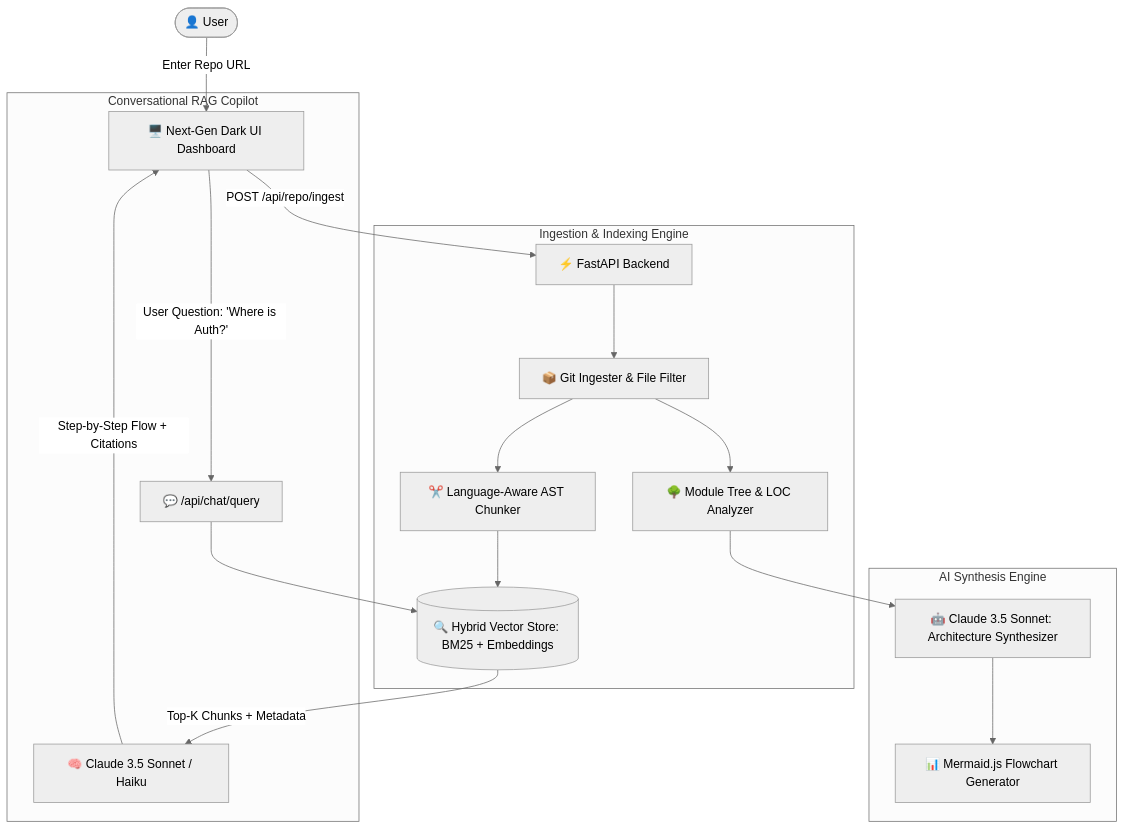
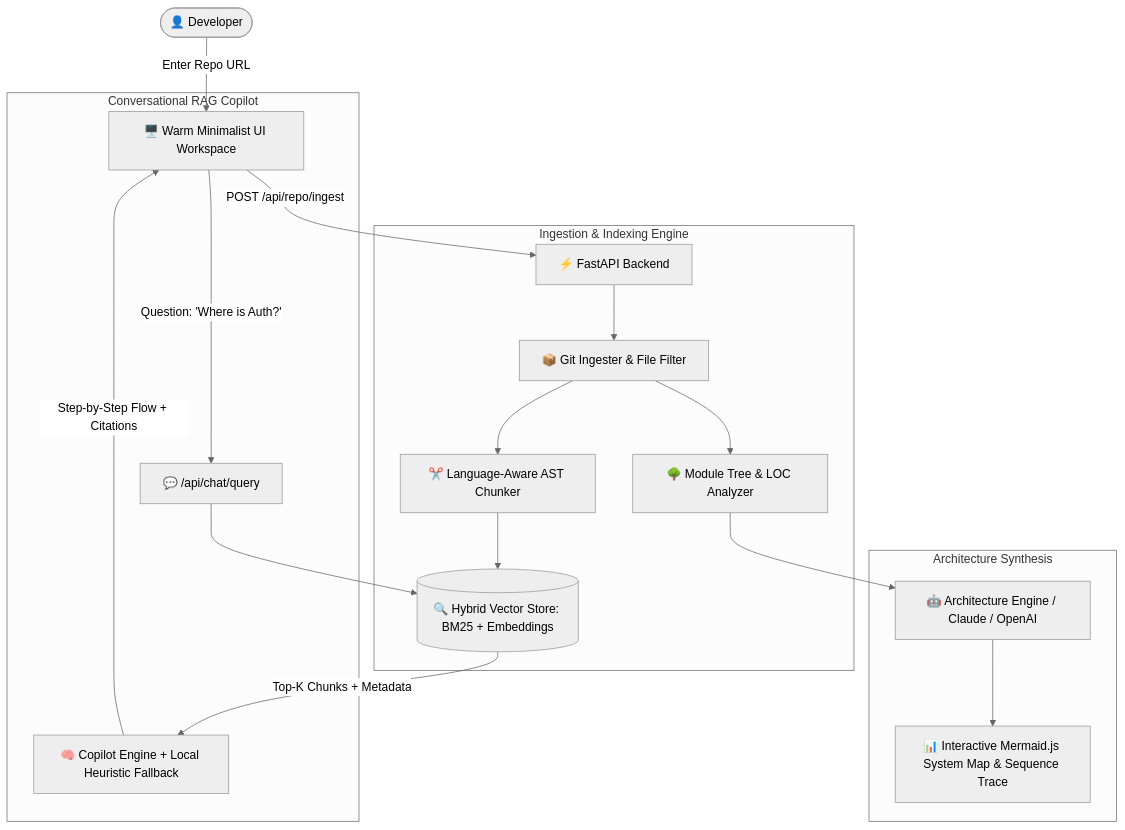
Before and after one commit to Dhitimahajan/Explain-my-Codebase: the diagram in README.md, drawn with Mermaid (neutral theme). The commit also changed other lines of this file and 26 other files, not shown here.

Commit message:
feat: complete overhaul - warm minimalist UI, Vercel entrypoint fix, test suite, and security hardening

````diff
--- a/README.md
+++ b/README.md
@@ -31,24 +33,24 @@
 ```mermaid
 graph TD
-    User([👤 User]) -->|Enter Repo URL| UI[🖥️ Next-Gen Dark UI Dashboard]
+    User([👤 Developer]) -->|Enter Repo URL| UI[🖥️ Warm Minimalist UI Workspace]
     UI -->|POST /api/repo/ingest| FastAPI[⚡ FastAPI Backend]
     
     subgraph Ingestion & Indexing Engine
         FastAPI --> Ingest[📦 Git Ingester & File Filter]
         Ingest --> Tree[🌳 Module Tree & LOC Analyzer]
         Ingest --> Chunker[✂️ Language-Aware AST Chunker]
         Chunker --> VectorStore[(🔍 Hybrid Vector Store: BM25 + Embeddings)]
     end
     
-    subgraph AI Synthesis Engine
-        Tree --> ClaudeArch[🤖 Claude 3.5 Sonnet: Architecture Synthesizer]
-        ClaudeArch --> Mermaid[📊 Mermaid.js Flowchart Generator]
+    subgraph Architecture Synthesis
+        Tree --> ArchEngine[🤖 Architecture Engine / Claude / OpenAI]
+        ArchEngine --> Mermaid[📊 Interactive Mermaid.js System Map & Sequence Trace]
     end
     
     subgraph Conversational RAG Copilot
-        UI -->|User Question: 'Where is Auth?'| ChatRoute[💬 /api/chat/query]
+        UI -->|Question: 'Where is Auth?'| ChatRoute[💬 /api/chat/query]
         ChatRoute --> VectorStore
-        VectorStore -->|Top-K Chunks + Metadata| ClaudeRAG[🧠 Claude 3.5 Sonnet / Haiku]
-        ClaudeRAG -->|Step-by-Step Flow + Citations| UI
+        VectorStore -->|Top-K Chunks + Metadata| LLM[🧠 Copilot Engine + Local Heuristic Fallback]
+        LLM -->|Step-by-Step Flow + Citations| UI
     end
 ```
````
